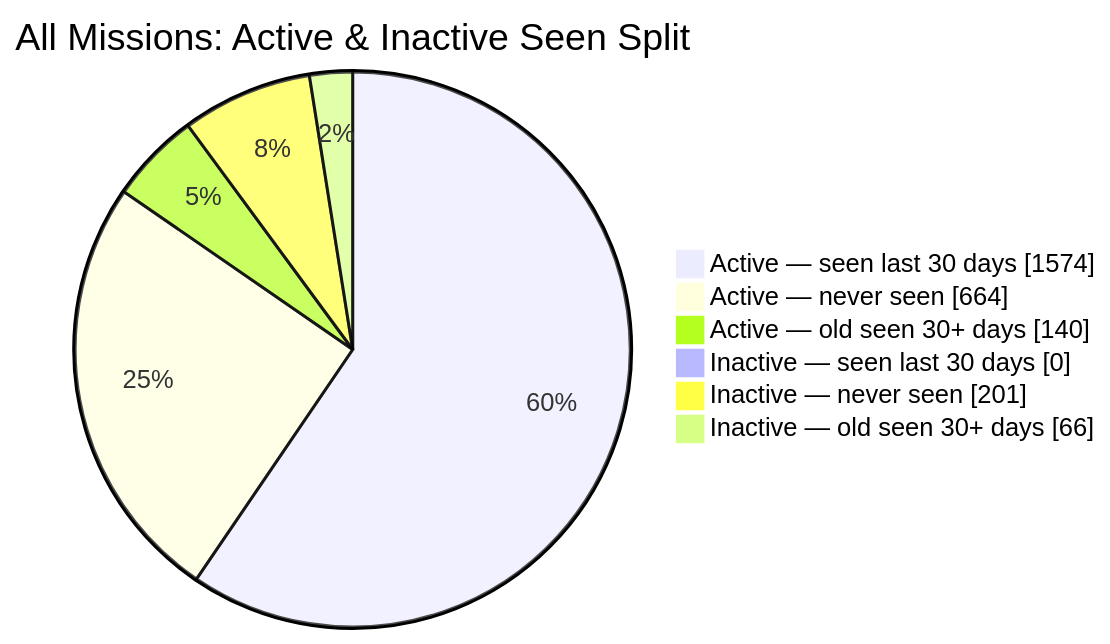
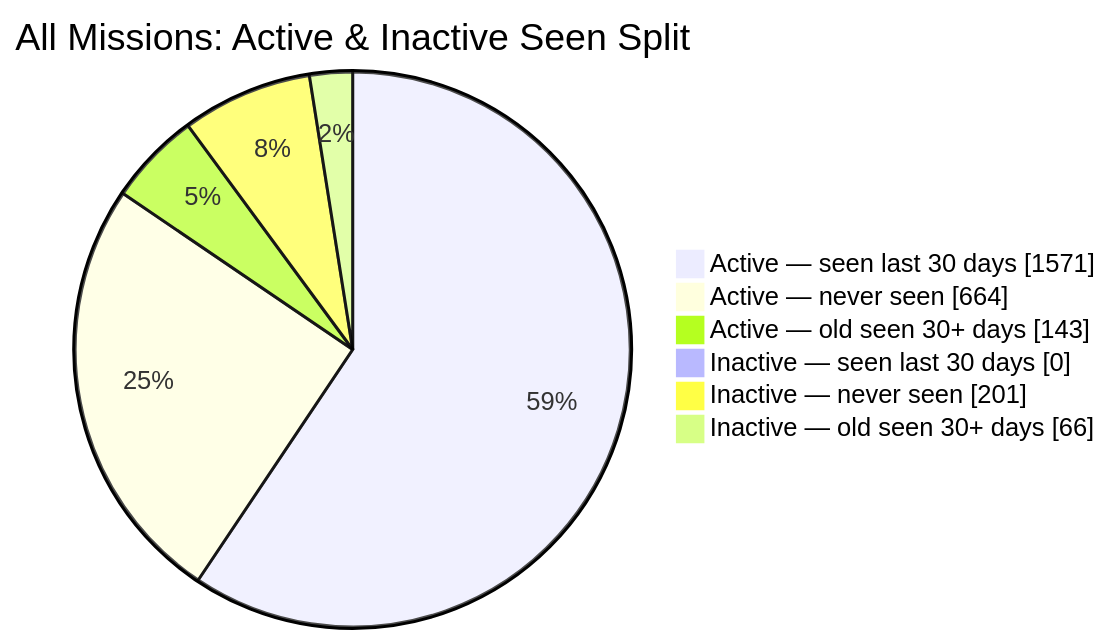
One commit to MeldkamerspelGameTeam/active-missions changed the second of 2 diagrams in README.md. Above: the diagram before and after it, drawn with Mermaid. The commit also changed other lines of this file and 3 other files, not shown here.

````diff
--- a/README.md
+++ b/README.md
@@ -44,10 +44,10 @@
 ```mermaid
 pie showData
     title All Missions: Active & Inactive Seen Split
-    "Active — seen last 30 days" : 1574
+    "Active — seen last 30 days" : 1571
     "Active — never seen" : 664
-    "Active — old seen 30+ days" : 140
+    "Active — old seen 30+ days" : 143
     "Inactive — seen last 30 days" : 0
     "Inactive — never seen" : 201
     "Inactive — old seen 30+ days" : 66
 ```
````
